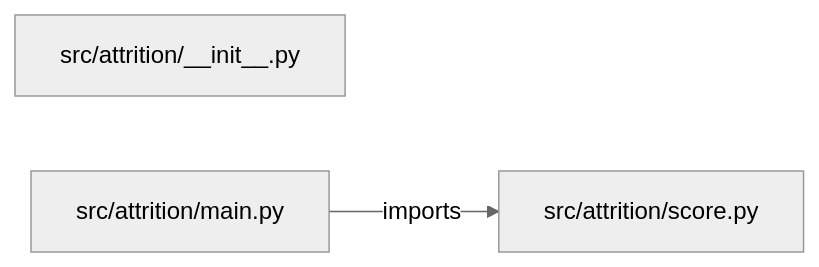
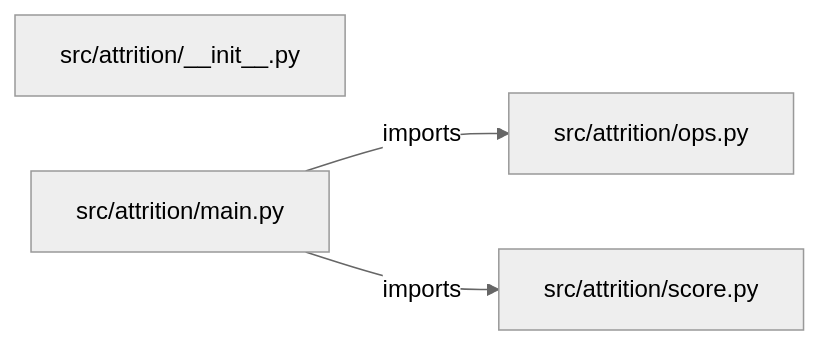
Before and after one commit to iarsingh/employee-attrition-prediction: the diagram in PROJECT_ARCHITECTURE.md, drawn with Mermaid (neutral theme). The commit also changed other lines of this file and 2 other files, not shown here.

Commit message:
Refresh architecture and interview guides from current implementation

````diff
--- a/PROJECT_ARCHITECTURE.md
+++ b/PROJECT_ARCHITECTURE.md
@@ -13,7 +13,9 @@
 ```mermaid
 flowchart LR
     M0["src/attrition/__init__.py"]
     M1["src/attrition/main.py"]
-    M2["src/attrition/score.py"]
+    M2["src/attrition/ops.py"]
+    M3["src/attrition/score.py"]
     M1 -->|imports| M2
+    M1 -->|imports| M3
 ```
````
